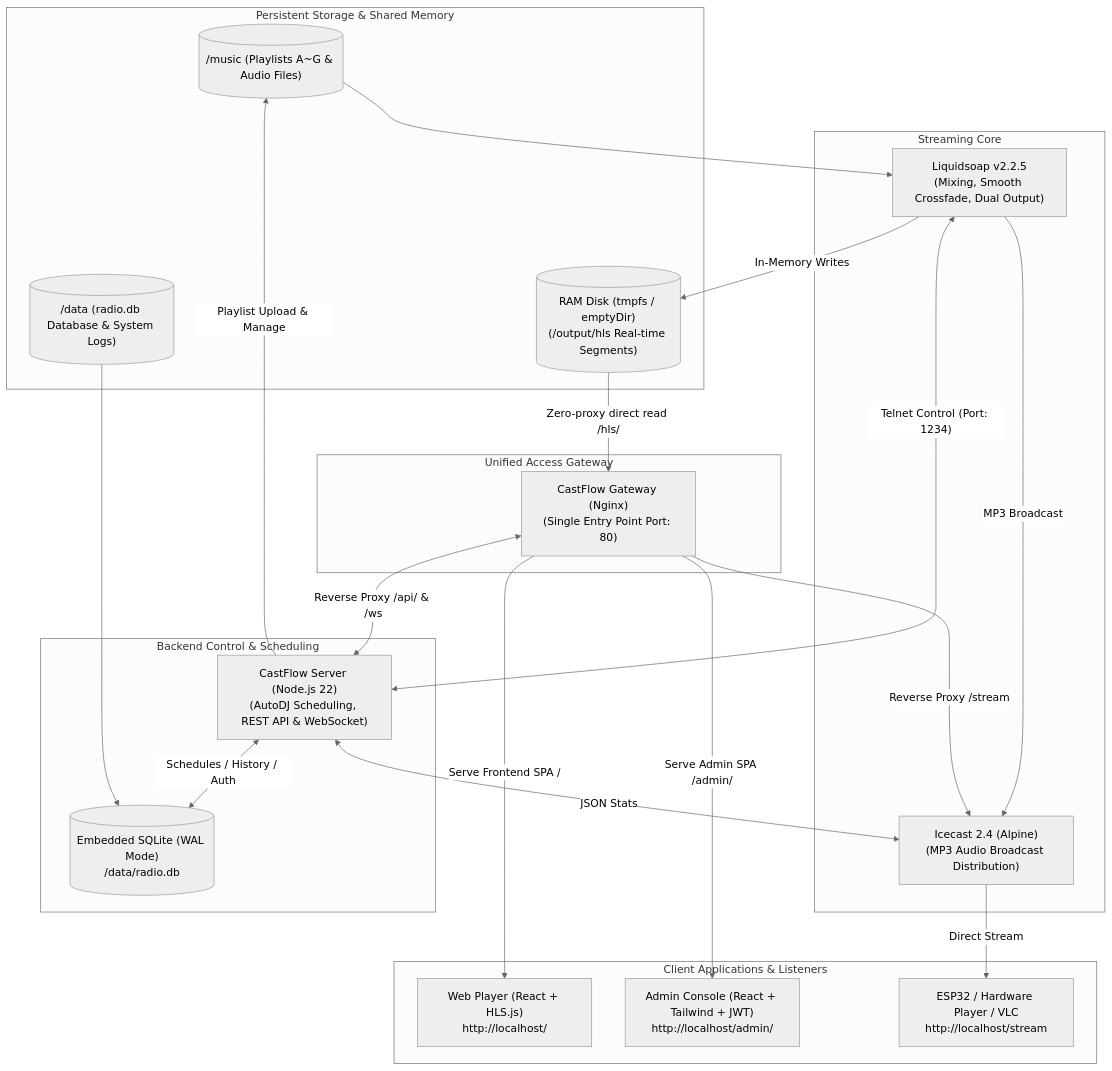
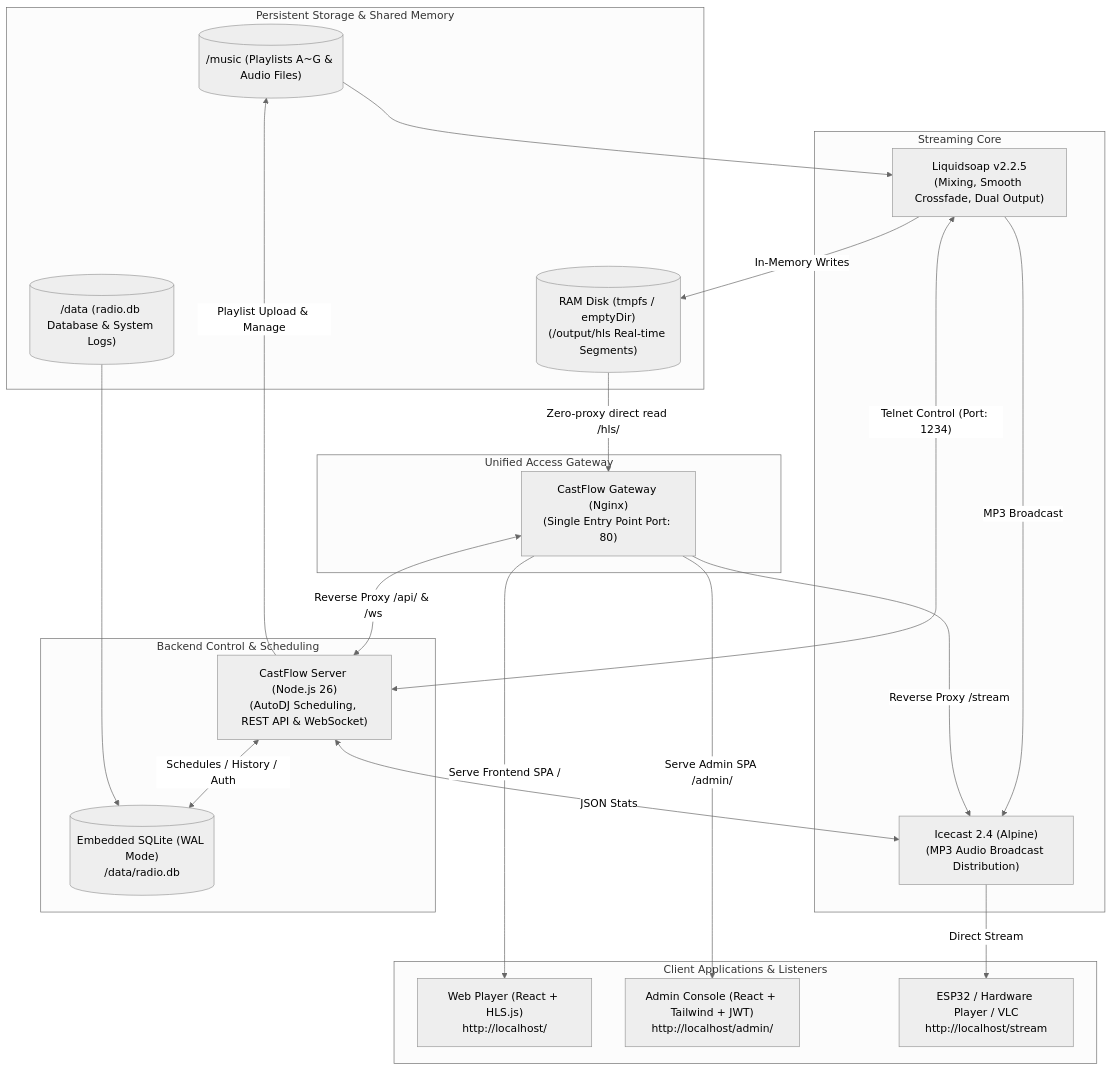
One commit to fly530/CastFlow changed the diagram in README.md. Above: the diagram before and after it, drawn with Mermaid (neutral theme). The commit also changed 5 other files, not shown here.

````diff
--- a/README.md
+++ b/README.md
@@ -12,45 +12,45 @@
 ```mermaid
 flowchart TD
     subgraph Storage [Persistent Storage & Shared Memory]
         MusicVol[("/music (Playlists A~G & Audio Files)")]
         DataVol[("/data (radio.db Database & System Logs)")]
         HLSTmpfs[("RAM Disk (tmpfs / emptyDir)\n(/output/hls Real-time Segments)")]
     end
 
     subgraph StreamingCore [Streaming Core]
         LS["Liquidsoap v2.2.5\n(Mixing, Smooth Crossfade, Dual Output)"]
         Icecast["Icecast 2.4 (Alpine)\n(MP3 Audio Broadcast Distribution)"]
     end
 
     subgraph Backend [Backend Control & Scheduling]
-        Server["CastFlow Server (Node.js 22)\n(AutoDJ Scheduling, REST API & WebSocket)"]
+        Server["CastFlow Server (Node.js 26)\n(AutoDJ Scheduling, REST API & WebSocket)"]
         SQLite[("Embedded SQLite (WAL Mode)\n/data/radio.db")]
     end
 
     subgraph GatewayLayer [Unified Access Gateway]
         Gateway["CastFlow Gateway (Nginx)\n(Single Entry Point Port: 80)"]
     end
 
     subgraph Clients [Client Applications & Listeners]
         Listener["Web Player (React + HLS.js)\nhttp://localhost/"]
         Admin["Admin Console (React + Tailwind + JWT)\nhttp://localhost/admin/"]
         Hardware["ESP32 / Hardware Player / VLC\nhttp://localhost/stream"]
     end
 
     MusicVol --> LS
     LS -->|MP3 Broadcast| Icecast
     LS -->|In-Memory Writes| HLSTmpfs
     HLSTmpfs -->|"Zero-proxy direct read /hls/"| Gateway
 
     Server <-->|"Telnet Control (Port: 1234)"| LS
     Server <-->|JSON Stats| Icecast
     Server -->|Playlist Upload & Manage| MusicVol
     Server <-->|"Schedules / History / Auth"| SQLite
     DataVol --> SQLite
 
     Gateway <-->|"Reverse Proxy /api/ & /ws"| Server
     Gateway -->|"Reverse Proxy /stream"| Icecast
     Gateway -->|"Serve Frontend SPA /"| Listener
     Gateway -->|"Serve Admin SPA /admin/"| Admin
     Icecast -->|Direct Stream| Hardware
 ```
````
